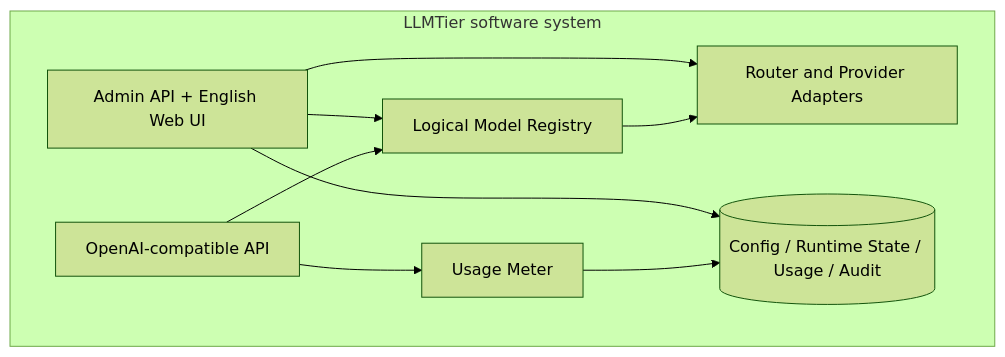
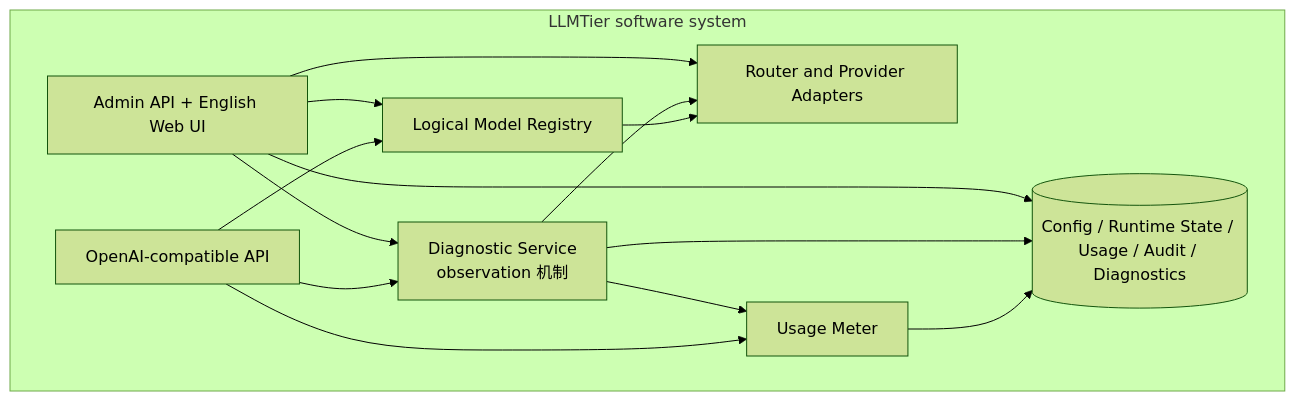
Before and after one commit to corezilla/LLMTier: the second of 6 diagrams in docs/20_system_design/llmtier-system-design.md, drawn with Mermaid (forest theme). The commit also changed other lines of this file and 5 other files, not shown here.

````diff
--- a/docs/20_system_design/llmtier-system-design.md
+++ b/docs/20_system_design/llmtier-system-design.md
@@ -81,16 +81,21 @@
 ```mermaid
 flowchart TB
   subgraph LT[LLMTier software system]
     API[OpenAI-compatible API]
     ADM[Admin API + English Web UI]
     REG[Logical Model Registry]
     ROUTER[Router and Provider Adapters]
     METER[Usage Meter]
-    STORE[(Config / Runtime State / Usage / Audit)]
+    DIAG[Diagnostic Service<br/>observation 机制]
+    STORE[(Config / Runtime State / Usage / Audit / Diagnostics)]
     API --> REG --> ROUTER
     API --> METER --> STORE
+    API --> DIAG --> STORE
+    DIAG --> ROUTER
+    DIAG --> METER
     ADM --> REG
     ADM --> ROUTER
     ADM --> STORE
+    ADM --> DIAG
   end
 ```
````
